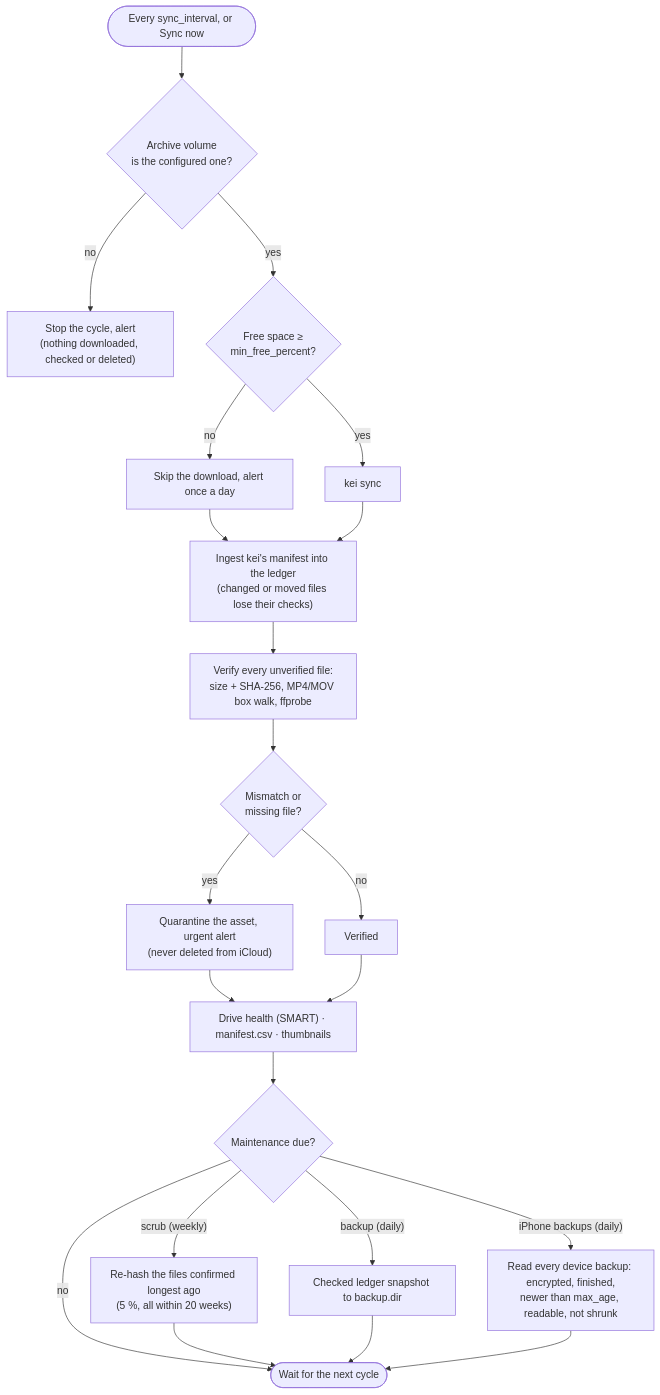
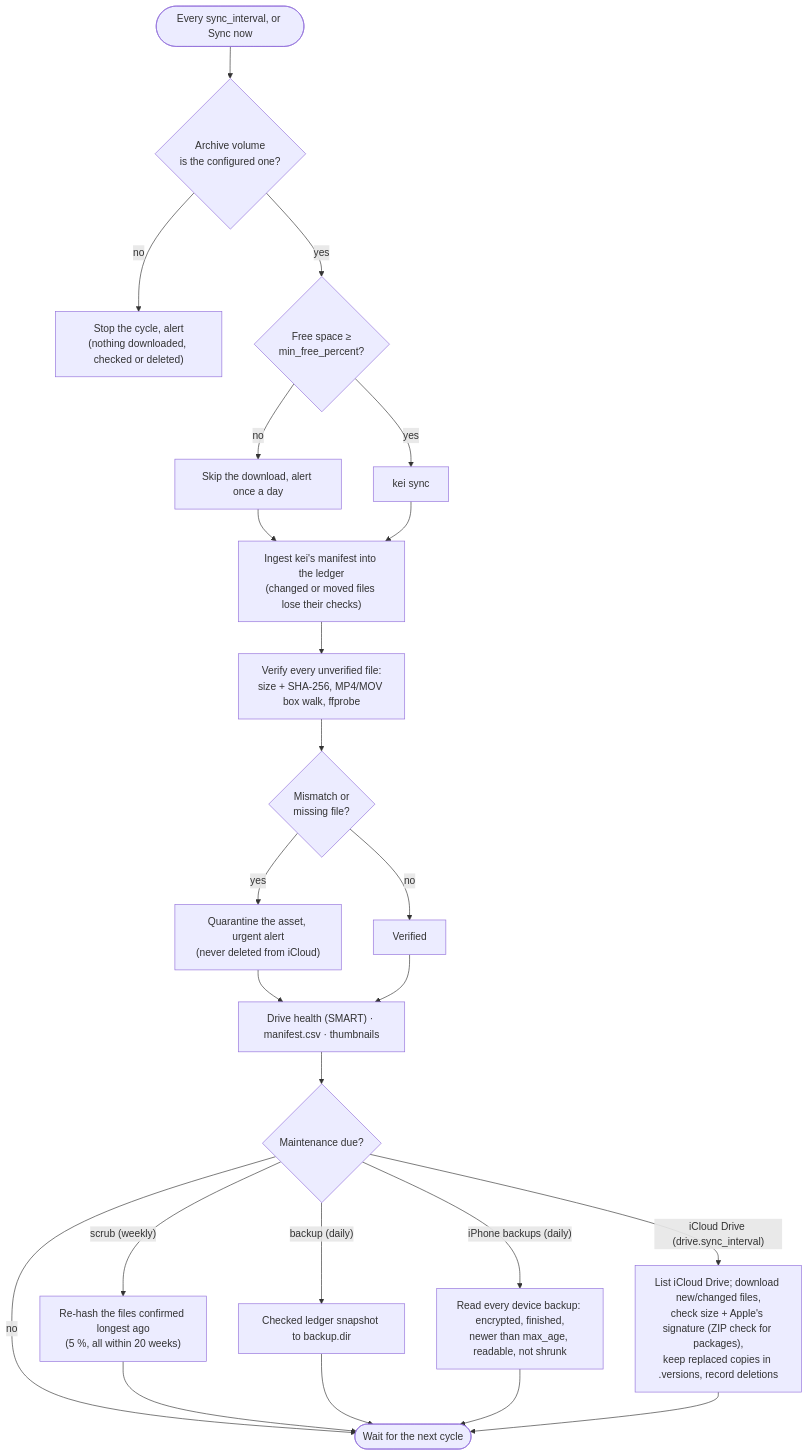
The second of 2 diagrams in README.md (vasilistotskas/homecloud), drawn with Mermaid before and after one commit. The commit also changed other lines of this file and 34 other files, not shown here.

````diff
--- a/README.md
+++ b/README.md
@@ -79,24 +82,26 @@
 ```mermaid
 flowchart TD
     start(["Every sync_interval, or Sync now"]) --> vol{"Archive volume<br/>is the configured one?"}
     vol -- no --> stop["Stop the cycle, alert<br/>(nothing downloaded, checked or deleted)"]
     vol -- yes --> space{"Free space ≥<br/>min_free_percent?"}
     space -- no --> skip["Skip the download, alert once a day"]
     space -- yes --> kei["kei sync"]
     skip --> ingest
     kei --> ingest["Ingest kei's manifest into the ledger<br/>(changed or moved files lose their checks)"]
     ingest --> verify["Verify every unverified file:<br/>size + SHA-256, MP4/MOV box walk, ffprobe"]
     verify --> bad{"Mismatch or<br/>missing file?"}
     bad -- yes --> q["Quarantine the asset, urgent alert<br/>(never deleted from iCloud)"]
     bad -- no --> ok["Verified"]
     q --> after
     ok --> after["Drive health (SMART) · manifest.csv · thumbnails"]
     after --> due{"Maintenance due?"}
     due -- "scrub (weekly)" --> scrub["Re-hash the files confirmed longest ago<br/>(5 %, all within 20 weeks)"]
+    due -- "iCloud Drive (drive.sync_interval)" --> dsync["List iCloud Drive; download new/changed files,<br/>check size + Apple's signature (ZIP check for packages),<br/>keep replaced copies in .versions, record deletions"]
     due -- "backup (daily)" --> snap["Checked ledger snapshot to backup.dir"]
     due -- "iPhone backups (daily)" --> phone["Read every device backup: encrypted, finished,<br/>newer than max_age, readable, not shrunk"]
     due -- no --> wait(["Wait for the next cycle"])
     scrub --> wait
     snap --> wait
     phone --> wait
+    dsync --> wait
 ```
````
